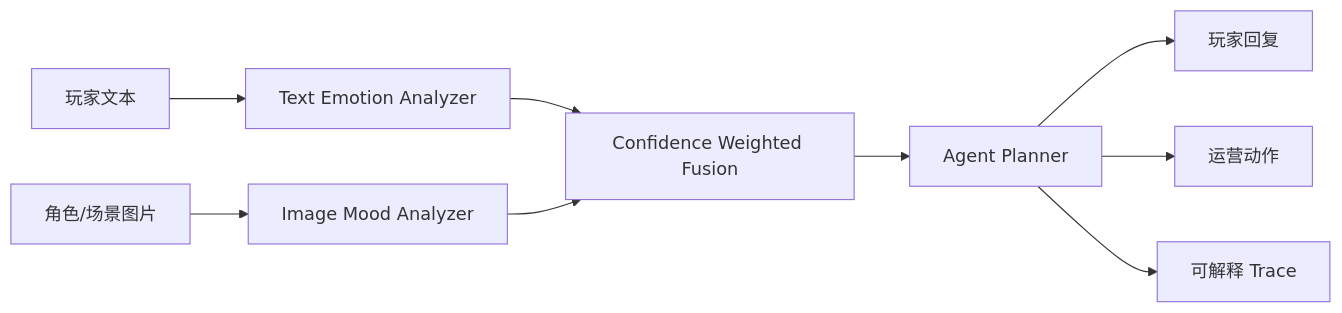
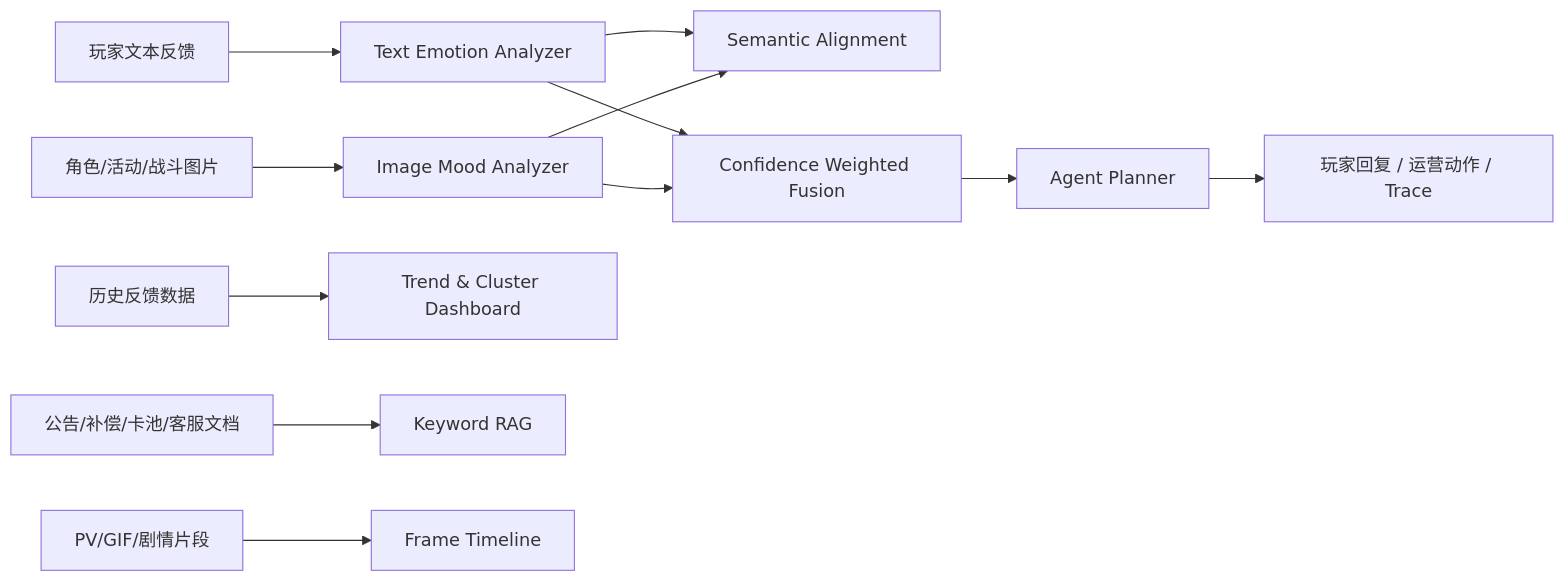
One commit to SeupLio/anime-mood-agent-studio changed the diagram in README.md. Above: the diagram before and after it, drawn with Mermaid. The commit also changed other lines of this file and 8 other files, not shown here.

````diff
--- a/README.md
+++ b/README.md
@@ -19,11 +16,14 @@
 ```mermaid
 flowchart LR
-  A["玩家文本"] --> B["Text Emotion Analyzer"]
-  C["角色/场景图片"] --> D["Image Mood Analyzer"]
-  B --> E["Confidence Weighted Fusion"]
+  A["玩家文本反馈"] --> B["Text Emotion Analyzer"]
+  C["角色/活动/战斗图片"] --> D["Image Mood Analyzer"]
+  B --> E["Semantic Alignment"]
   D --> E
-  E --> F["Agent Planner"]
-  F --> G["玩家回复"]
-  F --> H["运营动作"]
-  F --> I["可解释 Trace"]
+  B --> F["Confidence Weighted Fusion"]
+  D --> F
+  F --> G["Agent Planner"]
+  H["历史反馈数据"] --> I["Trend & Cluster Dashboard"]
+  J["公告/补偿/卡池/客服文档"] --> K["Keyword RAG"]
+  L["PV/GIF/剧情片段"] --> M["Frame Timeline"]
+  G --> N["玩家回复 / 运营动作 / Trace"]
 ```
````
